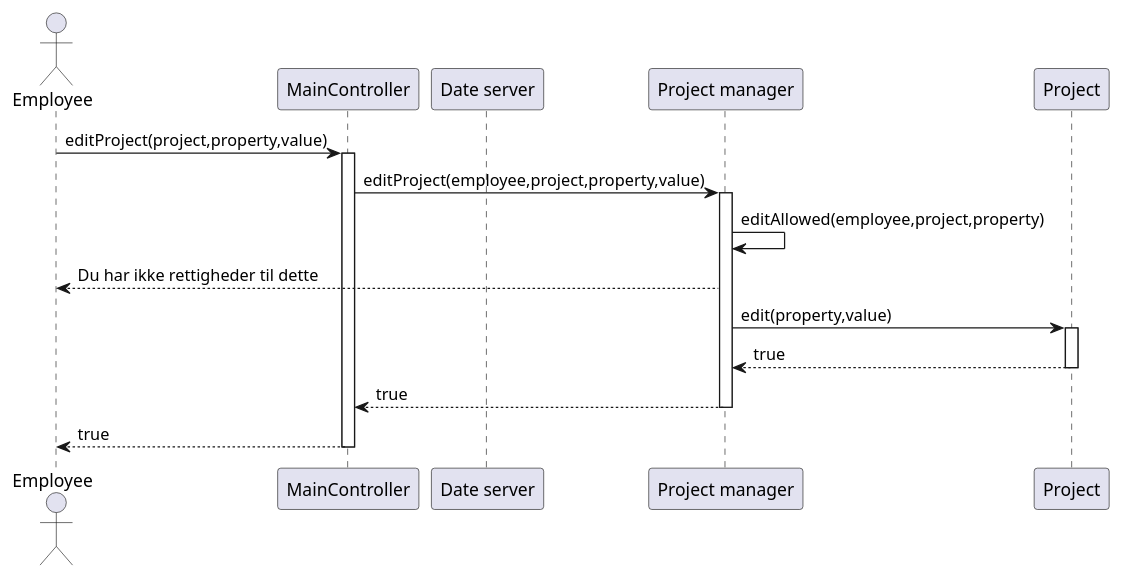
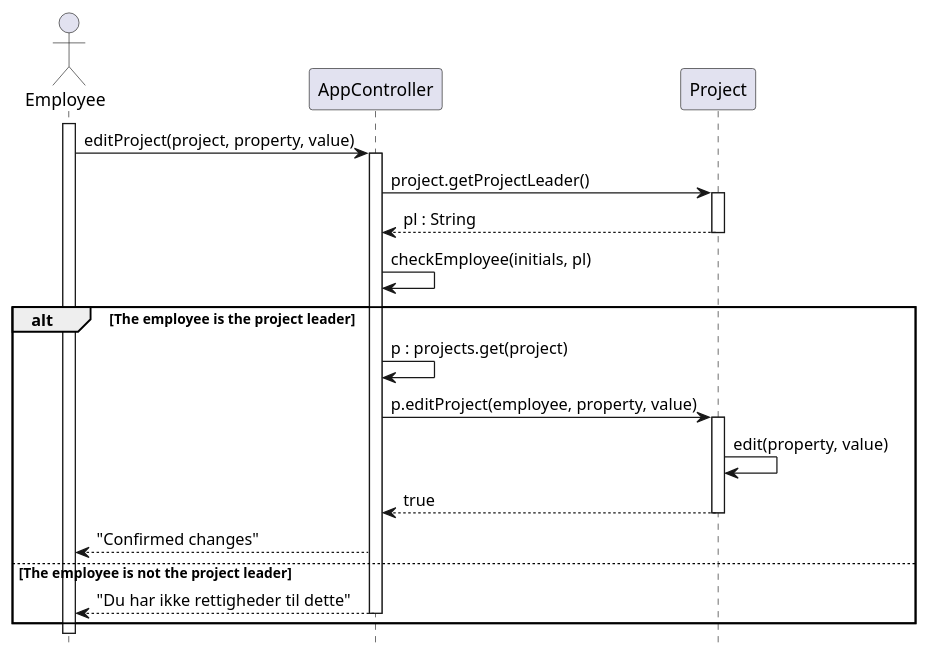
Before and after one commit to rwiuff/02161ExamProject: the diagram in RequirementsAndDesign/SequenceDiagrams/Deprecated/seq_project_edit.puml, drawn with PlantUML. The commit also changed 26 other files, not shown here.

Commit message:
wip: Sequence diagrams

```diff
--- a/RequirementsAndDesign/SequenceDiagrams/Deprecated/seq_project_edit.puml
+++ b/RequirementsAndDesign/SequenceDiagrams/Deprecated/seq_project_edit.puml
@@ -1,27 +1,26 @@
-@startuml
+@startuml seq_project_edit
+hide footbox
 actor "Employee" as e
-participant "MainController" as app
-participant "Date server" as ds
-participant "Project manager" as pm
+participant "AppController" as app
 participant "Project" as p
-
-e -> app : editProject(project,property,value)
+activate e
+e -> app : editProject(project, property, value)
 activate app
-
-
-app -> pm : editProject(employee,project,property,value)
-activate pm 
-
-pm -> pm : editAllowed(employee,project,property)
-pm --> e : Du har ikke rettigheder til dette
-
-pm -> p : edit(property,value)
-activate p 
-return true
-
-return true
-
-return true
-
-
+app -> p : project.getProjectLeader()
+activate p
+p --> app : pl : String
+deactivate p
+app -> app : checkEmployee(initials, pl)
+alt The employee is the project leader
+app -> app : p : projects.get(project)
+app -> p : p.editProject(employee, property, value)
+activate p
+p -> p : edit(property, value)
+p --> app : true
+deactivate p
+app --> e : "Confirmed changes"
+else The employee is not the project leader
+app --> e : "Du har ikke rettigheder til dette"
+deactivate app
+end
 @enduml
```
